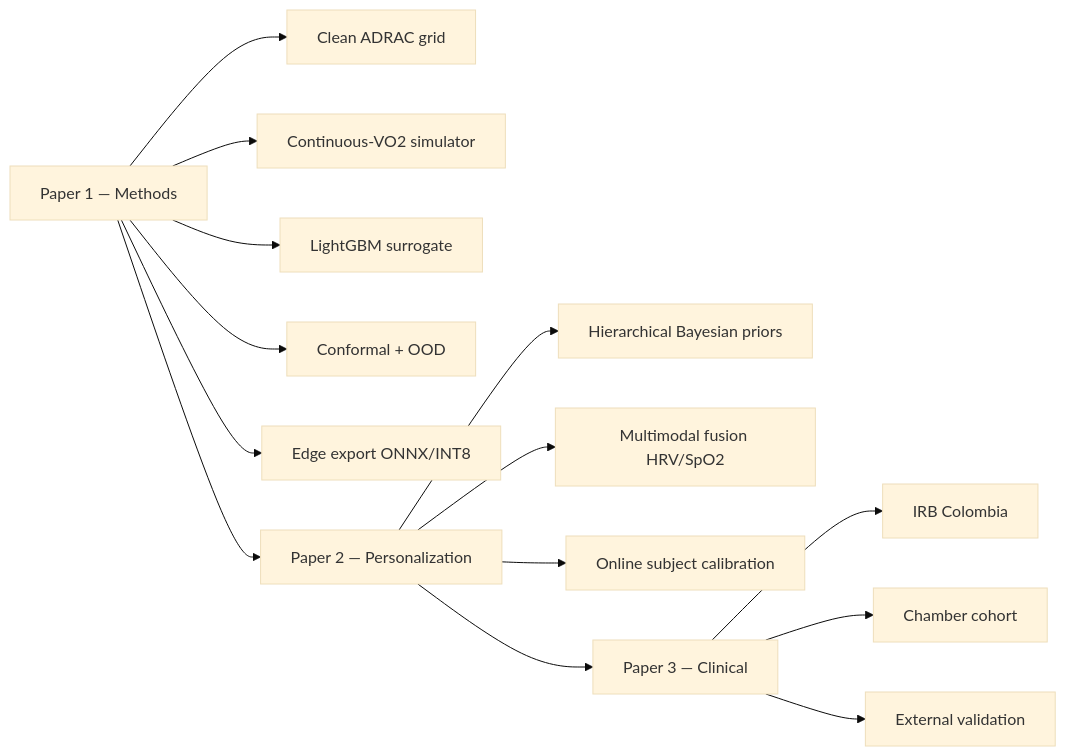
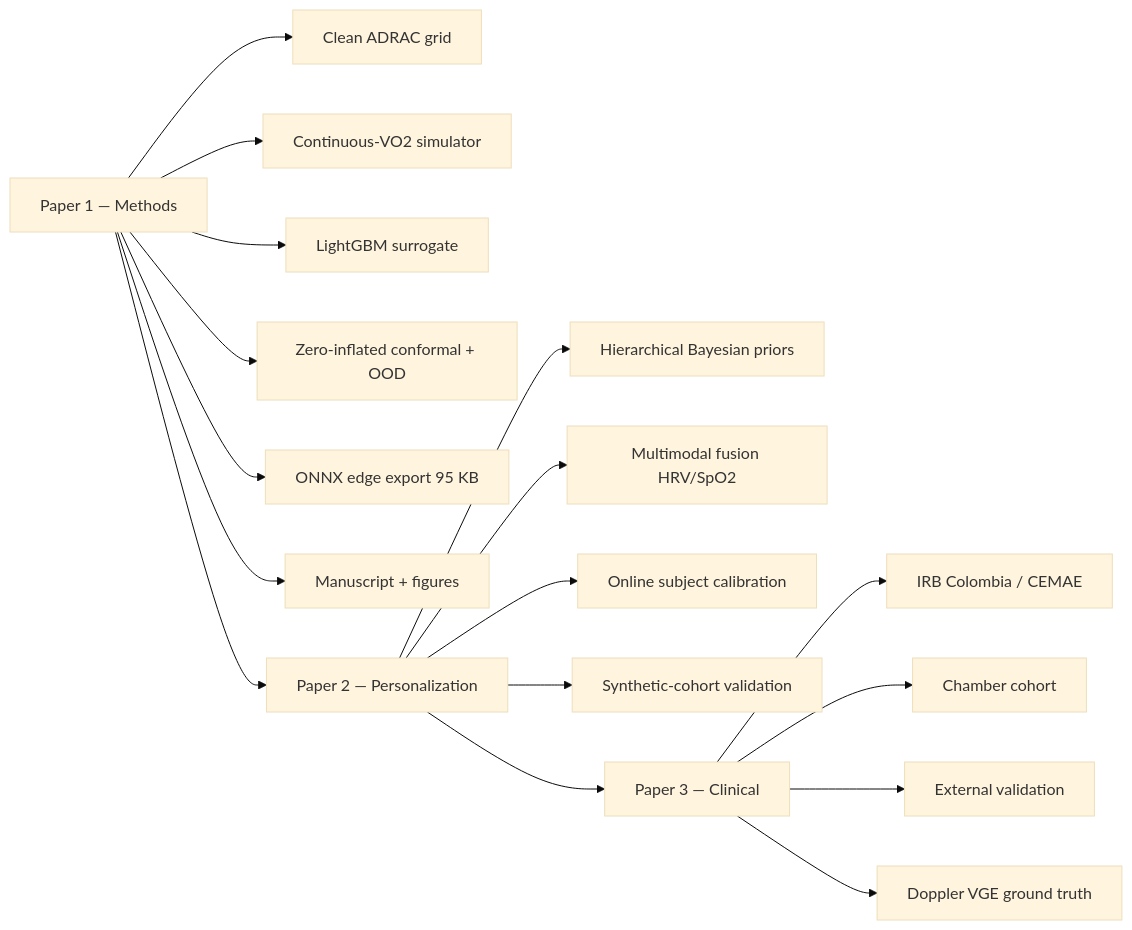
Before and after one commit to strikerdlm/DCS: the diagram in README.md, drawn with Mermaid (base theme). The commit also changed other lines of this file, not shown here.

````diff
--- a/README.md
+++ b/README.md
@@ -130,18 +186,21 @@
 ```mermaid
 graph LR
   A[Paper 1 — Methods] --> A1[Clean ADRAC grid]
   A --> A2[Continuous-VO2 simulator]
   A --> A3[LightGBM surrogate]
-  A --> A4[Conformal + OOD]
-  A --> A5[Edge export ONNX/INT8]
+  A --> A4[Zero-inflated conformal + OOD]
+  A --> A5[ONNX edge export 95 KB]
+  A --> A6[Manuscript + figures]
 
   B[Paper 2 — Personalization] --> B1[Hierarchical Bayesian priors]
   B --> B2[Multimodal fusion HRV/SpO2]
   B --> B3[Online subject calibration]
+  B --> B4[Synthetic-cohort validation]
 
-  C[Paper 3 — Clinical] --> C1[IRB Colombia]
+  C[Paper 3 — Clinical] --> C1[IRB Colombia / CEMAE]
   C --> C2[Chamber cohort]
   C --> C3[External validation]
+  C --> C4[Doppler VGE ground truth]
 
   A --> B --> C
 ```
````
